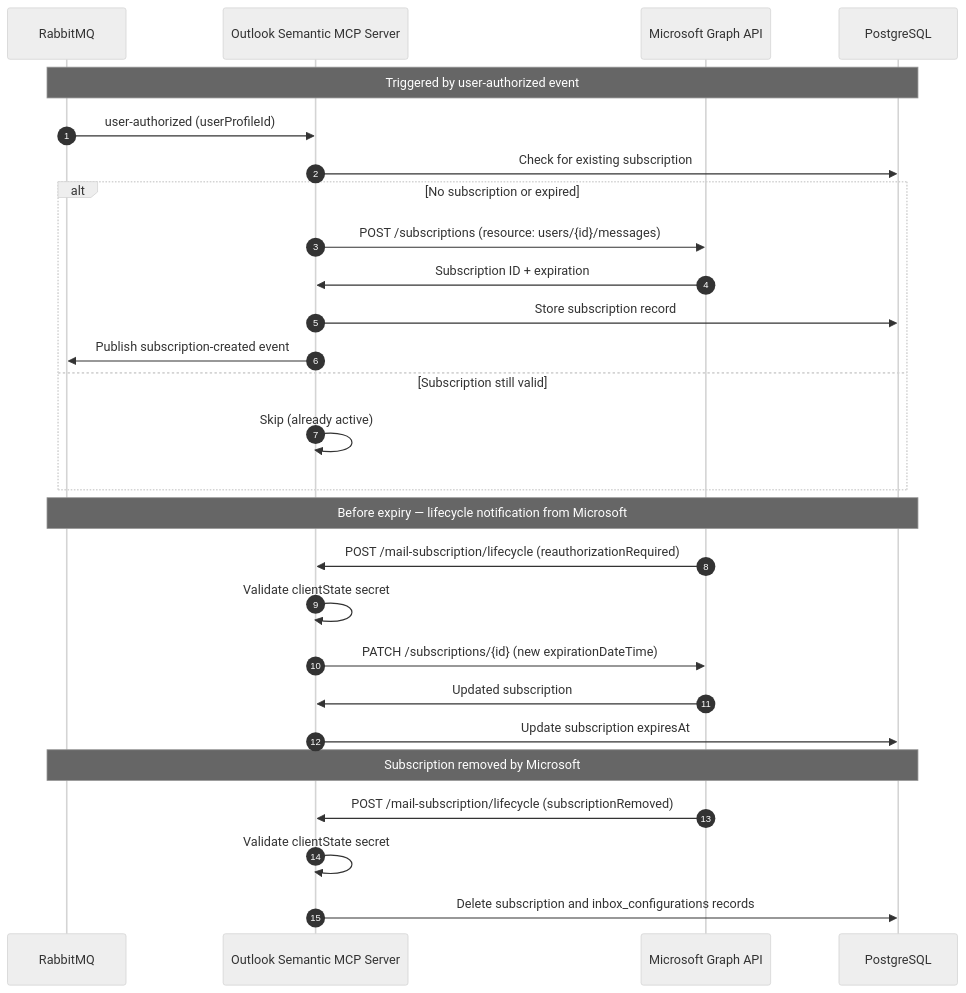
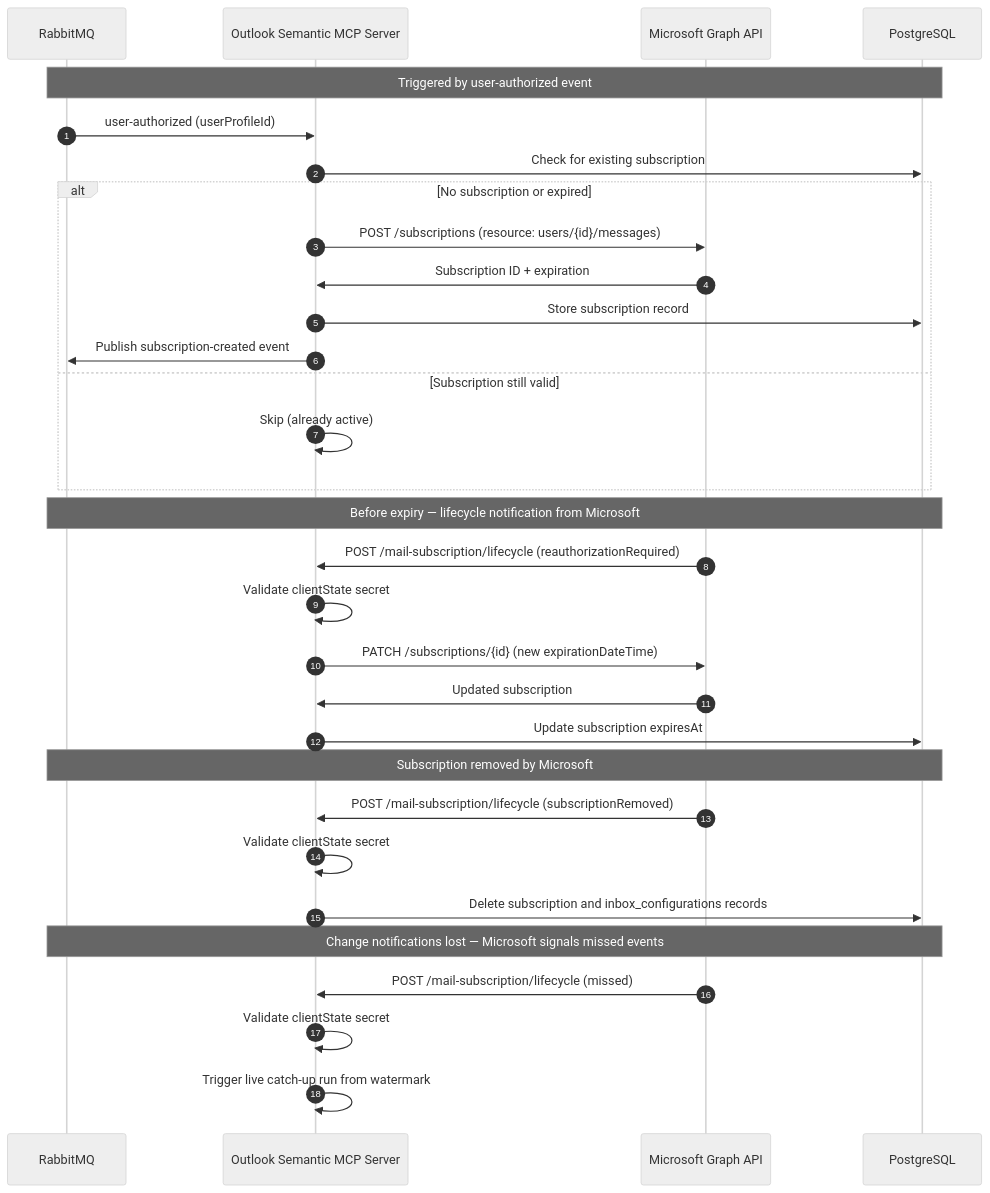
Before and after one commit to Unique-AG/connectors: the third of 4 diagrams in services/outlook-semantic-mcp/docs/technical/flows.md, drawn with Mermaid. The commit also changed other lines of this file and 74 other files, not shown here.

First line of the commit message:
fix(outlook-semantic-mcp): live-catchup improvements and search improvements UN-18240 (#417)

````diff
--- a/services/outlook-semantic-mcp/docs/technical/flows.md
+++ b/services/outlook-semantic-mcp/docs/technical/flows.md
@@ -80,33 +80,38 @@
 ```mermaid
 %%{init: {'theme': 'neutral', 'themeVariables': { 'fontSize': '14px' }}}%%
 sequenceDiagram
     autonumber
     participant AMQP as RabbitMQ
     participant OutlookMCP as Outlook Semantic MCP Server
     participant MSGraph as Microsoft Graph API
     participant DB as PostgreSQL
 
     Note over AMQP,DB: Triggered by user-authorized event
     AMQP->>OutlookMCP: user-authorized (userProfileId)
     OutlookMCP->>DB: Check for existing subscription
     alt No subscription or expired
         OutlookMCP->>MSGraph: POST /subscriptions (resource: users/{id}/messages)
         MSGraph->>OutlookMCP: Subscription ID + expiration
         OutlookMCP->>DB: Store subscription record
         OutlookMCP->>AMQP: Publish subscription-created event
     else Subscription still valid
         OutlookMCP->>OutlookMCP: Skip (already active)
     end
 
     Note over AMQP,DB: Before expiry — lifecycle notification from Microsoft
     MSGraph->>OutlookMCP: POST /mail-subscription/lifecycle (reauthorizationRequired)
     OutlookMCP->>OutlookMCP: Validate clientState secret
     OutlookMCP->>MSGraph: PATCH /subscriptions/{id} (new expirationDateTime)
     MSGraph->>OutlookMCP: Updated subscription
     OutlookMCP->>DB: Update subscription expiresAt
 
     Note over AMQP,DB: Subscription removed by Microsoft
     MSGraph->>OutlookMCP: POST /mail-subscription/lifecycle (subscriptionRemoved)
     OutlookMCP->>OutlookMCP: Validate clientState secret
     OutlookMCP->>DB: Delete subscription and inbox_configurations records
+
+    Note over AMQP,DB: Change notifications lost — Microsoft signals missed events
+    MSGraph->>OutlookMCP: POST /mail-subscription/lifecycle (missed)
+    OutlookMCP->>OutlookMCP: Validate clientState secret
+    OutlookMCP->>OutlookMCP: Trigger live catch-up run from watermark
 ```
````
